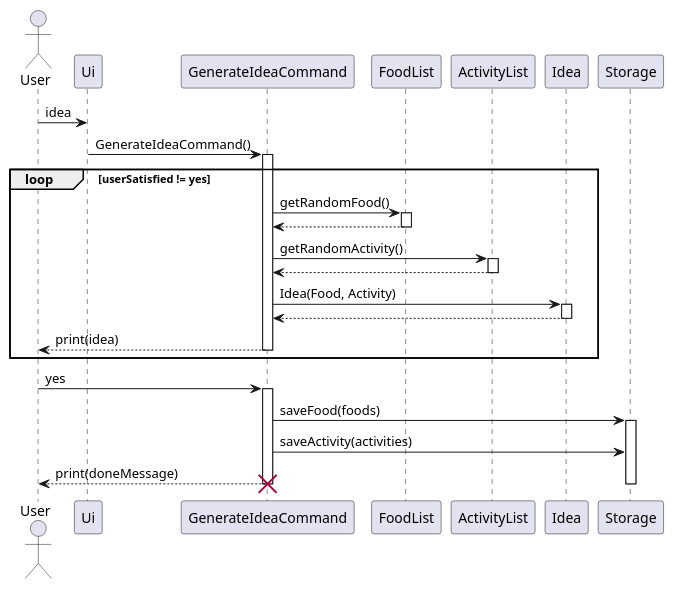
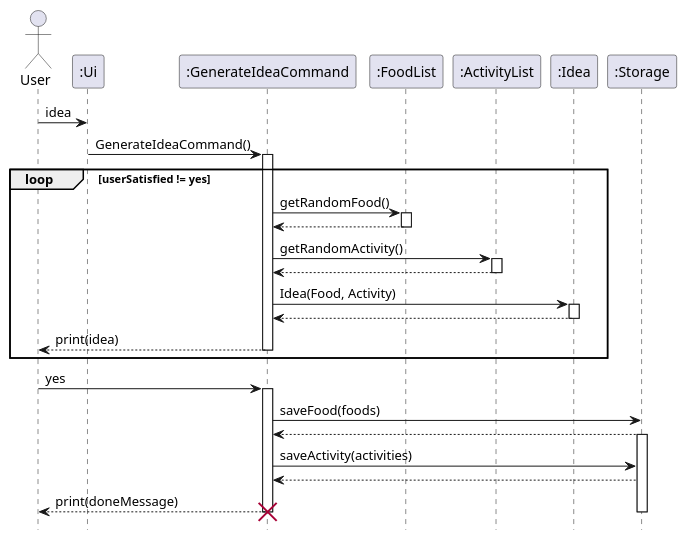
One commit to RyanTDL/tp changed the diagram in docs/diagrams/GenerateIdeaCommandSequenceDiagram.puml. Above: the diagram before and after it, drawn with PlantUML. The commit also changed 1 other file, not shown here.

Commit message:
Edit GenerateIdeaCommand sequence diagram based on DG review

```diff
--- a/docs/diagrams/GenerateIdeaCommandSequenceDiagram.puml
+++ b/docs/diagrams/GenerateIdeaCommandSequenceDiagram.puml
@@ -1,39 +1,48 @@
 @startuml
 'https://plantuml.com/sequence-diagram
+hide footbox
 
 actor User as User
+participant ":Ui" as Ui
+participant ":GenerateIdeaCommand" as GenerateIdeaCommand
+participant ":FoodList" as FoodList
+participant ":ActivityList" as ActivityList
+participant ":Idea" as Idea
+participant ":Storage" as Storage
 
 User -> Ui: idea
 Ui -> GenerateIdeaCommand: GenerateIdeaCommand()
 activate GenerateIdeaCommand
 
 loop userSatisfied != yes
     GenerateIdeaCommand -> FoodList: getRandomFood()
     activate FoodList
     FoodList --> GenerateIdeaCommand
     deactivate FoodList
 
     GenerateIdeaCommand -> ActivityList: getRandomActivity()
     activate ActivityList
     ActivityList --> GenerateIdeaCommand
     deactivate ActivityList
 
     GenerateIdeaCommand -> Idea: Idea(Food, Activity)
     activate Idea
     Idea --> GenerateIdeaCommand:
     deactivate Idea
     GenerateIdeaCommand --> User: print(idea)
     deactivate GenerateIdeaCommand
 end
 
 User -> GenerateIdeaCommand: yes
 activate GenerateIdeaCommand
 GenerateIdeaCommand -> Storage: saveFood(foods)
+Storage --> GenerateIdeaCommand
 activate Storage
 GenerateIdeaCommand -> Storage: saveActivity(activities)
+Storage --> GenerateIdeaCommand
 GenerateIdeaCommand --> User: print(doneMessage)
 deactivate Storage
 deactivate GenerateIdeaCommand
 destroy GenerateIdeaCommand
 
 @enduml
```
